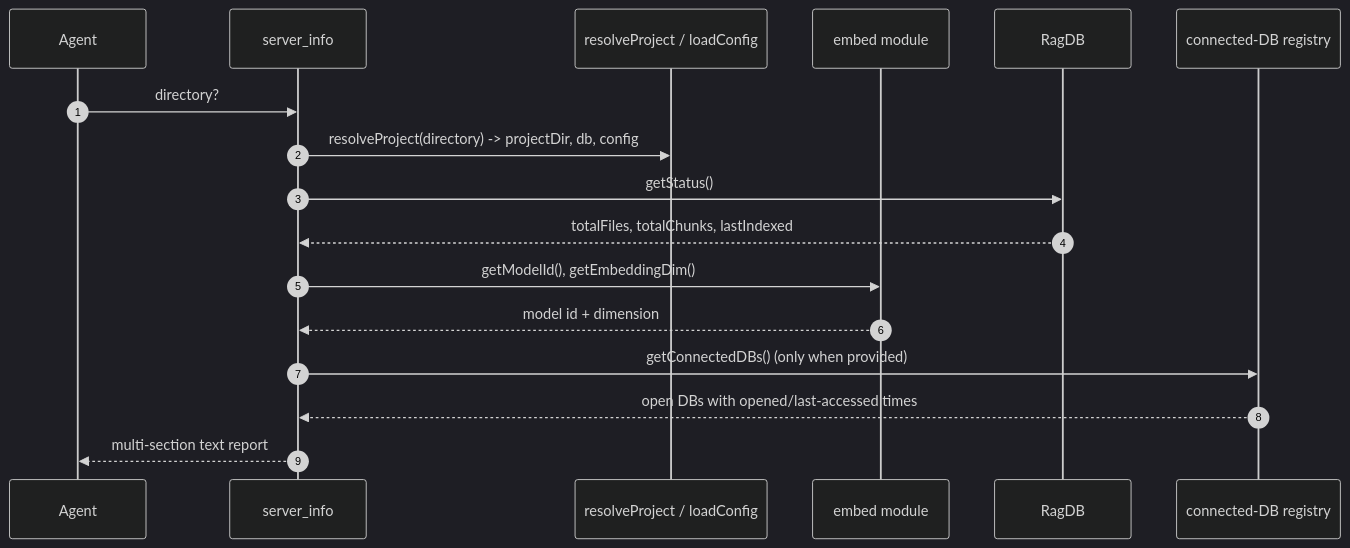
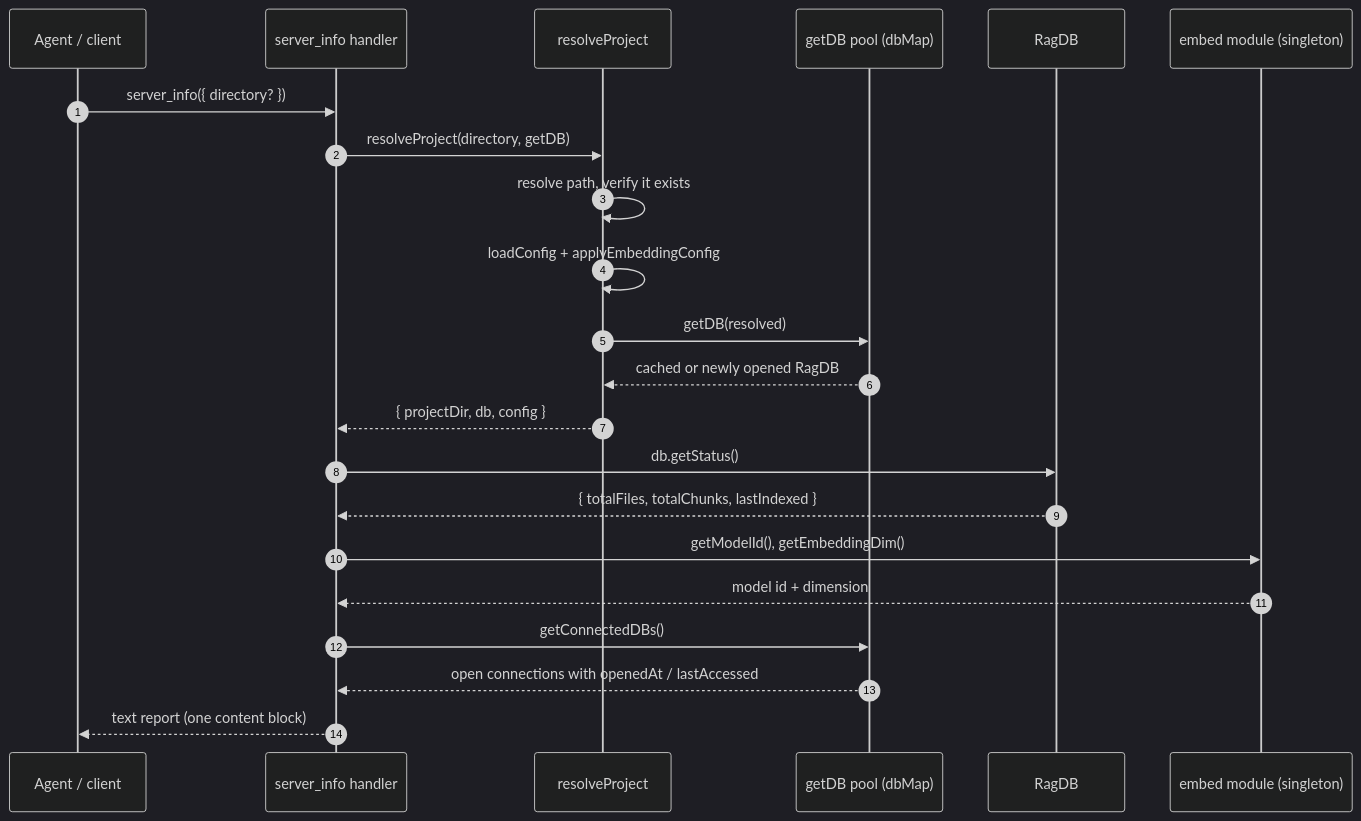
One commit to TheWinci/mimirs changed the diagram in wiki/tools/server-info.md. Above: the diagram before and after it, drawn with Mermaid (dark theme). The commit also changed other lines of this file and 51 other files, not shown here.

````diff
--- a/wiki/tools/server-info.md
+++ b/wiki/tools/server-info.md
@@ -29,19 +41,25 @@
 ```mermaid
 sequenceDiagram
-    autonumber
-    participant Agent
-    participant Tool as server_info
-    participant Cfg as resolveProject / loadConfig
-    participant Emb as embed module
-    participant DB as RagDB
-    participant Reg as connected-DB registry
-    Agent->>Tool: directory?
-    Tool->>Cfg: resolveProject(directory) -> projectDir, db, config
-    Tool->>DB: getStatus()
-    DB-->>Tool: totalFiles, totalChunks, lastIndexed
-    Tool->>Emb: getModelId(), getEmbeddingDim()
-    Emb-->>Tool: model id + dimension
-    Tool->>Reg: getConnectedDBs() (only when provided)
-    Reg-->>Tool: open DBs with opened/last-accessed times
-    Tool-->>Agent: multi-section text report
+  autonumber
+  participant Caller as Agent / client
+  participant Tool as server_info handler
+  participant Resolve as resolveProject
+  participant Pool as getDB pool (dbMap)
+  participant DB as RagDB
+  participant Embed as embed module (singleton)
+
+  Caller->>Tool: server_info({ directory? })
+  Tool->>Resolve: resolveProject(directory, getDB)
+  Resolve->>Resolve: resolve path, verify it exists
+  Resolve->>Resolve: loadConfig + applyEmbeddingConfig
+  Resolve->>Pool: getDB(resolved)
+  Pool-->>Resolve: cached or newly opened RagDB
+  Resolve-->>Tool: { projectDir, db, config }
+  Tool->>DB: db.getStatus()
+  DB-->>Tool: { totalFiles, totalChunks, lastIndexed }
+  Tool->>Embed: getModelId(), getEmbeddingDim()
+  Embed-->>Tool: model id + dimension
+  Tool->>Pool: getConnectedDBs()
+  Pool-->>Tool: open connections with openedAt / lastAccessed
+  Tool-->>Caller: text report (one content block)
 ```
````
